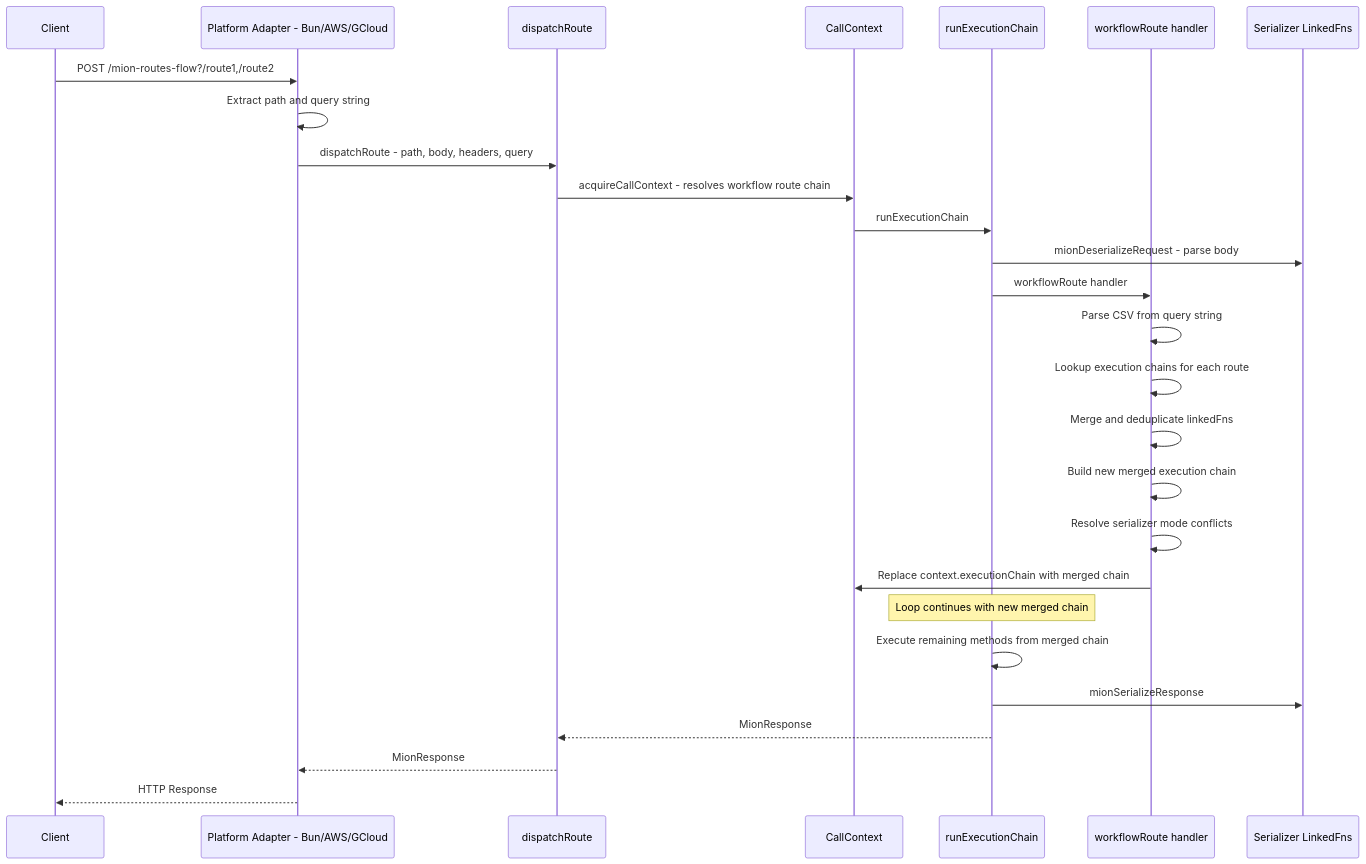
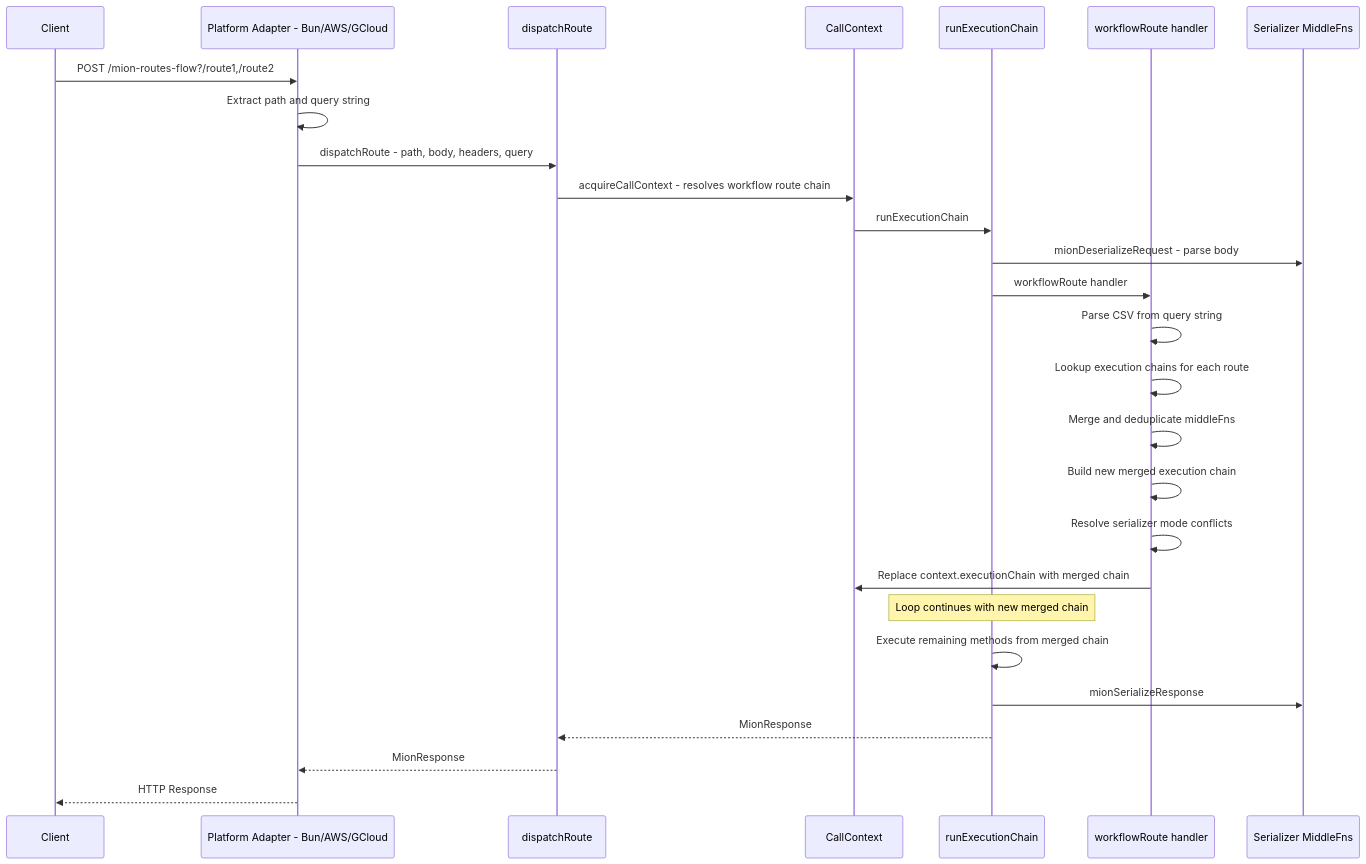
The first of 2 diagrams in plans/workflow-feature.md (MionKit/mion), drawn with Mermaid before and after one commit. The commit also changed other lines of this file and 120 other files, not shown here.

Commit message:
rename linkedFn into middleFn

````diff
--- a/plans/workflow-feature.md
+++ b/plans/workflow-feature.md
@@ -15,30 +15,30 @@
 ```mermaid
 sequenceDiagram
     participant Client
     participant Adapter as Platform Adapter - Bun/AWS/GCloud
     participant Dispatch as dispatchRoute
     participant Context as CallContext
     participant Chain as runExecutionChain
     participant WF as workflowRoute handler
-    participant Serializer as Serializer LinkedFns
+    participant Serializer as Serializer MiddleFns
 
     Client->>Adapter: POST /mion-routes-flow?/route1,/route2
     Adapter->>Adapter: Extract path and query string
     Adapter->>Dispatch: dispatchRoute - path, body, headers, query
     Dispatch->>Context: acquireCallContext - resolves workflow route chain
     Context->>Chain: runExecutionChain
     Chain->>Serializer: mionDeserializeRequest - parse body
     Chain->>WF: workflowRoute handler
     WF->>WF: Parse CSV from query string
     WF->>WF: Lookup execution chains for each route
-    WF->>WF: Merge and deduplicate linkedFns
+    WF->>WF: Merge and deduplicate middleFns
     WF->>WF: Build new merged execution chain
     WF->>WF: Resolve serializer mode conflicts
     WF->>Context: Replace context.executionChain with merged chain
     Note over Chain: Loop continues with new merged chain
     Chain->>Chain: Execute remaining methods from merged chain
     Chain->>Serializer: mionSerializeResponse
     Chain-->>Dispatch: MionResponse
     Dispatch-->>Adapter: MionResponse
     Adapter-->>Client: HTTP Response
 ```
````
